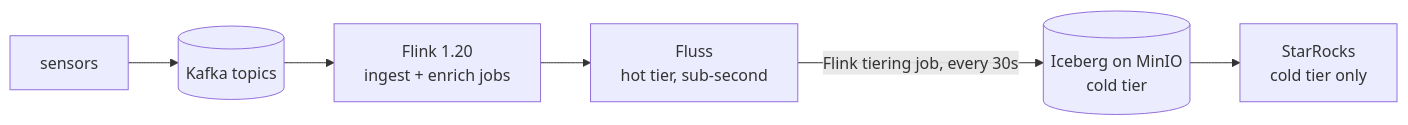
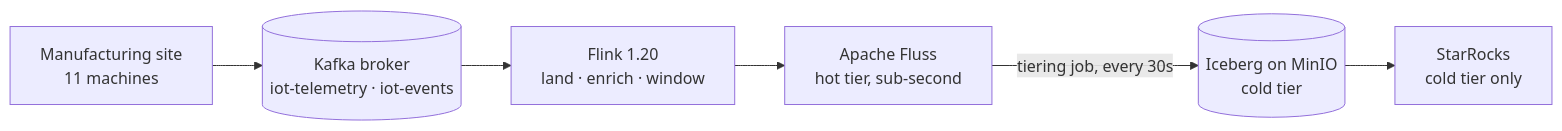
The diagram in README.md (georgezefko/streamhouse-lab), drawn with Mermaid before and after one commit. The commit also changed other lines of this file and 29 other files, not shown here.

````diff
--- a/README.md
+++ b/README.md
@@ -7,8 +7,8 @@
 ```mermaid
 flowchart LR
-  S[sensors] --> K[(Kafka topics)]
-  K --> FL[Flink 1.20<br/>ingest + enrich jobs]
-  FL --> F[Fluss<br/>hot tier, sub-second]
-  F -->|Flink tiering job, every 30s| I[(Iceberg on MinIO<br/>cold tier)]
-  I --> SR[StarRocks<br/>cold tier only]
+  S["Manufacturing site<br/>11 machines"] --> K[("Kafka broker<br/>iot-telemetry · iot-events")]
+  K --> FL["Flink 1.20<br/>land · enrich · window"]
+  FL --> F["Apache Fluss<br/>hot tier, sub-second"]
+  F -->|tiering job, every 30s| I[("Iceberg on MinIO<br/>cold tier")]
+  I --> SR["StarRocks<br/>cold tier only"]
 ```
````
